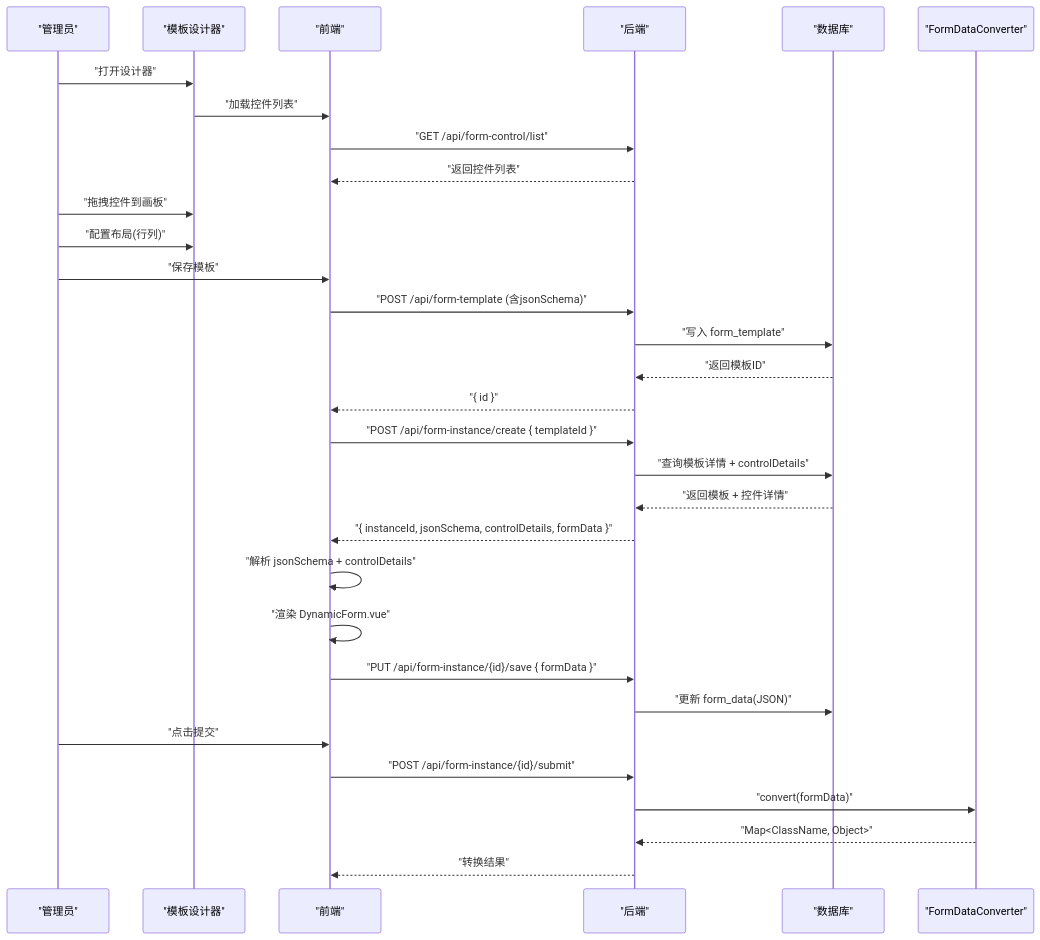
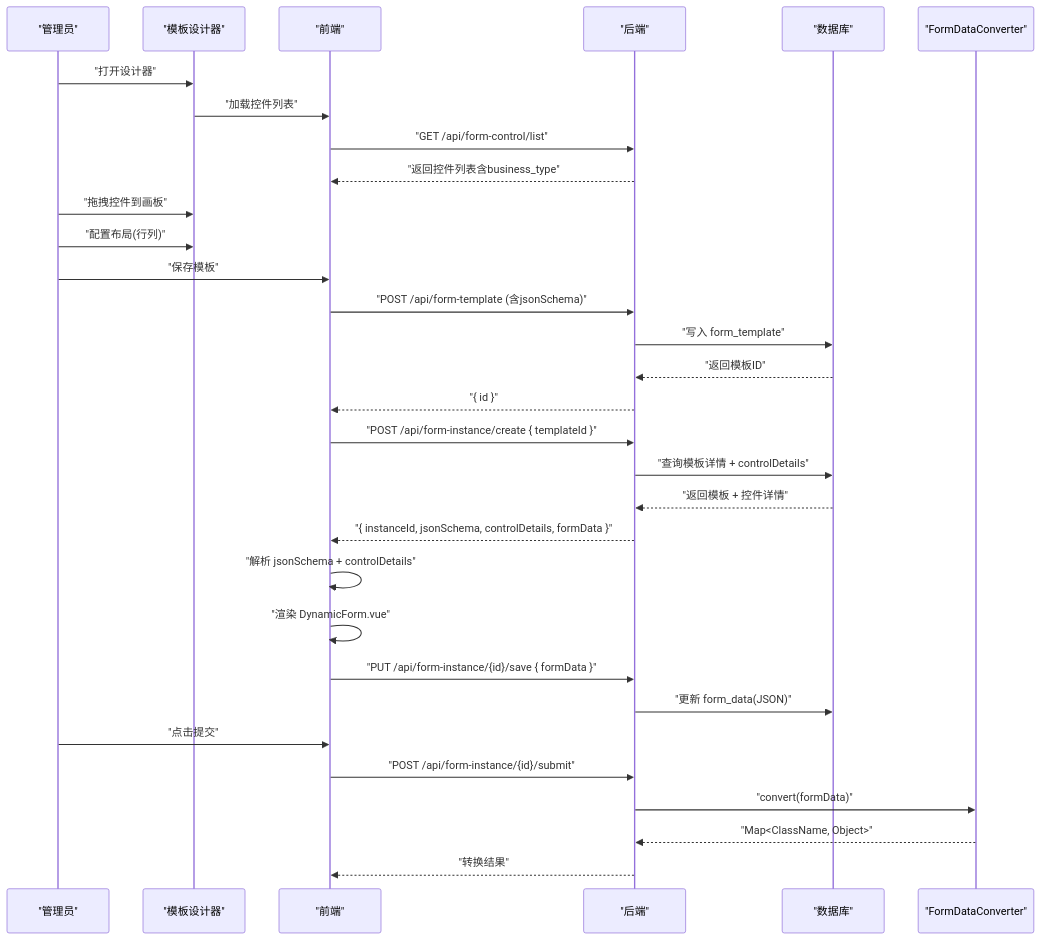
The second of 7 diagrams in .qoder/repowiki/zh/content/前端架构设计/动态表单渲染机制/动态表单渲染机制.md (NJMrLi/genetics), drawn with Mermaid before and after one commit. The commit also changed other lines of this file and 19 other files, not shown here.

````diff
--- a/.qoder/repowiki/zh/content/前端架构设计/动态表单渲染机制/动态表单渲染机制.md
+++ b/.qoder/repowiki/zh/content/前端架构设计/动态表单渲染机制/动态表单渲染机制.md
@@ -100,33 +128,33 @@
 ```mermaid
 sequenceDiagram
 participant Admin as "管理员"
 participant Designer as "模板设计器"
 participant FE as "前端"
 participant BE as "后端"
 participant DB as "数据库"
 participant Conv as "FormDataConverter"
 Admin->>Designer : "打开设计器"
 Designer->>FE : "加载控件列表"
 FE->>BE : "GET /api/form-control/list"
-BE-->>FE : "返回控件列表"
+BE-->>FE : "返回控件列表含business_type"
 Admin->>Designer : "拖拽控件到画板"
 Admin->>Designer : "配置布局(行列)"
 Admin->>FE : "保存模板"
 FE->>BE : "POST /api/form-template (含jsonSchema)"
 BE->>DB : "写入 form_template"
 DB-->>BE : "返回模板ID"
 BE-->>FE : "{ id }"
 FE->>BE : "POST /api/form-instance/create { templateId }"
 BE->>DB : "查询模板详情 + controlDetails"
 DB-->>BE : "返回模板 + 控件详情"
 BE-->>FE : "{ instanceId, jsonSchema, controlDetails, formData }"
 FE->>FE : "解析 jsonSchema + controlDetails"
 FE->>FE : "渲染 DynamicForm.vue"
 FE->>BE : "PUT /api/form-instance/{id}/save { formData }"
 BE->>DB : "更新 form_data(JSON)"
 Admin->>FE : "点击提交"
 FE->>BE : "POST /api/form-instance/{id}/submit"
 BE->>Conv : "convert(formData)"
 Conv-->>BE : "Map<ClassName, Object>"
 BE-->>FE : "转换结果"
 ```
````
